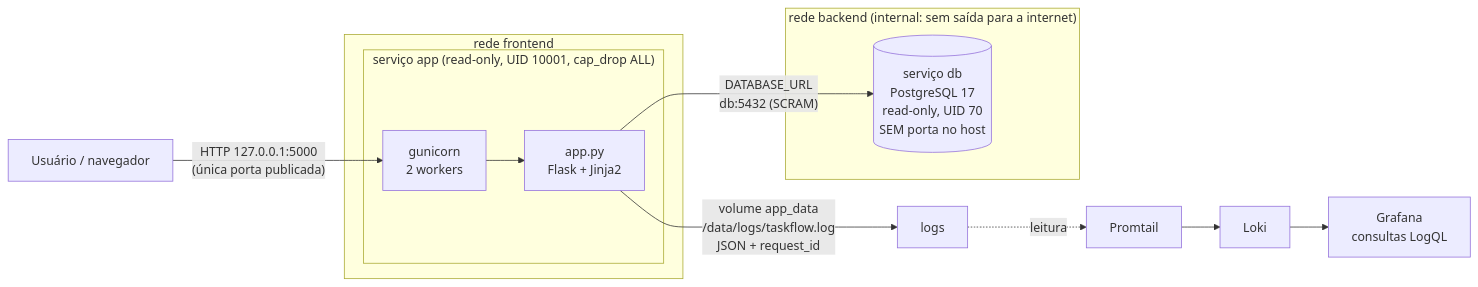
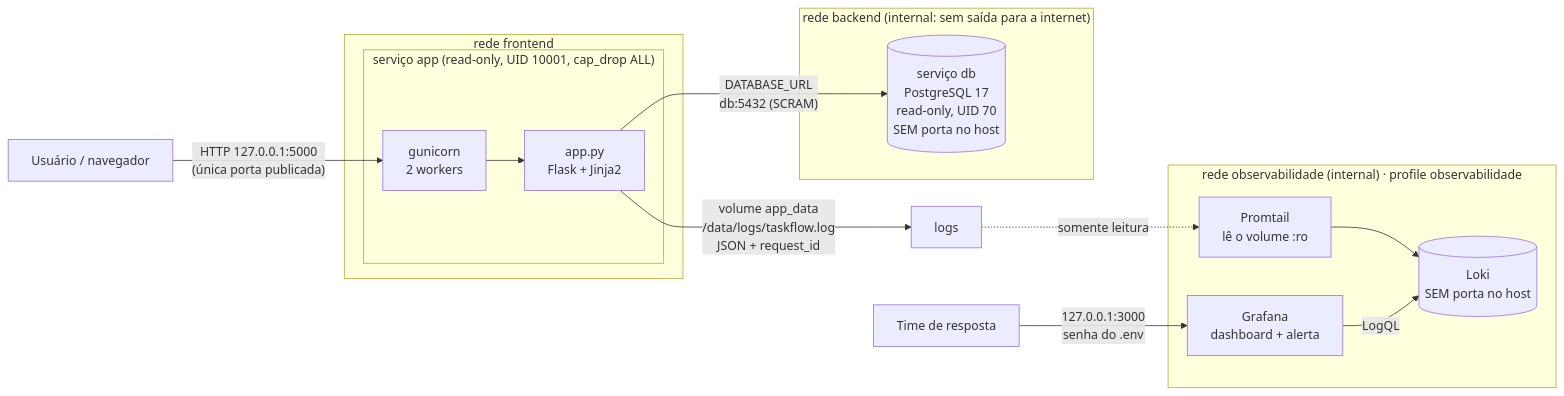
One commit to msrscs/taskflow-test changed the second of 2 diagrams in README.md. Above: the diagram before and after it, drawn with Mermaid. The commit also changed other lines of this file and 14 other files, not shown here.

Commit message:
feat(obs): Grafana+Loki+Promtail, X-Request-ID, alerta de forca bruta, simulacao e runbook NIST

````diff
--- a/README.md
+++ b/README.md
@@ -53,21 +54,26 @@
 ```mermaid
 flowchart LR
   U[Usuário / navegador] -->|"HTTP 127.0.0.1:5000<br/>(única porta publicada)"| G
 
   subgraph FE["rede frontend"]
     subgraph APP["serviço app (read-only, UID 10001, cap_drop ALL)"]
       G[gunicorn<br/>2 workers] --> A[app.py<br/>Flask + Jinja2]
     end
   end
 
   subgraph BE["rede backend (internal: sem saída para a internet)"]
     DB[(serviço db<br/>PostgreSQL 17<br/>read-only, UID 70<br/>SEM porta no host)]
   end
 
   A -->|"DATABASE_URL<br/>db:5432 (SCRAM)"| DB
   A -->|"volume app_data<br/>/data/logs/taskflow.log<br/>JSON + request_id"| L[logs]
 
-  L -.->|leitura| P[Promtail]
-  P --> LK[Loki]
-  LK --> GF[Grafana<br/>consultas LogQL]
+  subgraph OBS["rede observabilidade (internal) · profile observabilidade"]
+    P[Promtail<br/>lê o volume :ro] --> LK[(Loki<br/>SEM porta no host)]
+    GF[Grafana<br/>dashboard + alerta]
+  end
+
+  L -.->|somente leitura| P
+  GF -->|LogQL| LK
+  ADM[Time de resposta] -->|"127.0.0.1:3000<br/>senha do .env"| GF
 ```
````
